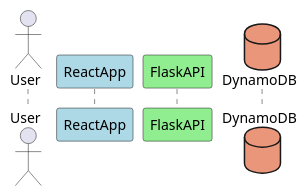
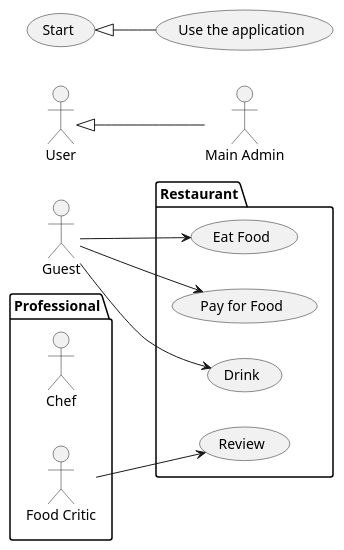
Before and after one commit to ltrickey/inv-mngmnt: the diagram in pageLoad.wsd, drawn with PlantUML. The commit also changed other lines of this file and 31 other files, not shown here.

```diff
--- a/pageLoad.wsd
+++ b/pageLoad.wsd
@@ -1,36 +1,178 @@
-@startuml "Page Load"
-actor User
-participant ReactApp #LightBlue
-participant FlaskAPI #LightGreen
-database DynamoDB #DarkSalmon
+' @startuml "Page Load"
+
+
+
+' package Restaurant {
+'   usecase UC1 as "You can use
+' several lines to define your usecase.
+' You can also use separators.
+' --
+' Several separators are possible.
+' ==
+' And you can add titles:
+' ..Conclusion..
+' This allows large description."
+'   usecase "Pay for Food" as UC2
+'   usecase "Drink" as UC3
+'   usecase "Review" as UC4
+' }
+' skinparam actorStyle awesome
+' actor User
+' participant ReactApp #LightBlue
+' participant FlaskAPI #LightGreen
+' database DynamoDB #DarkSalmon
 
 
 ' CLI -> CLI : Verify photo format & dimensions
 ' alt error bad image 
 '   CLI -> User : "Show error, Try again"
 ' else image satisfies requirements
 '   CLI -> User : "Enter list of transformations"
 '   User -> CLI : Types in or selects list
 '   CLI -> CLI : Verify valid commands
 '   alt error bad arguments
 '     CLI -> User : "Bad args, please choose valid commands"
 '   else valid transformation list
 '     CLI -> IPS : Calls transform(image, "action1, action2")
 '     activate IPS #DarkSalmon
 '   end
 ' end
 
 ' Loop Apply Transformations (in order)
 ' IPS -> IPS
 ' end
 
 ' alt Transformation Failure
 '   IPS -> CLI : Error
 '   CLI -> User : Display helpful error message
 ' else Transformation Successful
 '   IPS -> CLI : Return Transformed Image + opt Thumbnail
 '   deactivate IPS
 '   CLI -> User : New Image Destination (url or filepath)
 ' deactivate CLI
 ' end
-@enduml
+' @startuml
+' left to right direction
+' actor Guest as g
+' package Professional {
+'   actor Chef as c
+'   actor "Food Critic" as fc
+' }
+' package Restaurant {
+'   usecase "Eat Food" as UC1
+'   usecase "Pay for Food" as UC2
+'   usecase "Drink" as UC3
+'   usecase "Review" as UC4
+' }
+' fc --> UC4
+' g --> UC1
+' g --> UC2
+' g --> UC3
+
+' :Main Admin: as Admin
+' (Use the application) as (Use)
+
+' User <|-- Admin
+' (Start) <|-- (Use)
+' @enduml
+
+' @startuml
+' :Main Admin: as Admin
+' (Use the application) as (Use)
+
+' User -> (Start)
+' User --> (Use)
+
+' Admin ---> (Use)
+
+' note right of Admin : This is an example.
+
+' note right of (Use)
+'   A note can also
+'   be on several lines
+' end note
+
+' note "This note is connected\nto several objects." as N2
+' (Start) .. N2
+' N2 .. (Use)
+' @enduml
+
+' @startuml
+
+' (First usecase)/
+' (Another usecase)/ as (UC2)
+' usecase/ UC3
+' usecase/ (Last\nusecase) as UC4
+
+' @enduml
+
+' CLASS STUFF
+' @startuml
+' abstract        abstract
+' abstract class  "abstract class"
+' annotation      annotation
+' circle          circle
+' ()              circle_short_form
+' class           class
+' diamond         diamond
+' <>              diamond_short_form
+' entity          entity
+' enum            enum
+' interface       interface
+' protocol        protocol
+' struct          struct
+' @enduml
+
+' OBJECT FOR DATABSAE?
+' Relations between objects
+
+' Relations between objects are defined using the following symbols :
+
+' Type	Symbol	Image
+' Extension	<|--	
+' Composition	*--	
+' Aggregation	o--	
+' It is possible to replace -- by .. to have a dotted line.
+
+' Knowing those rules, it is possible to draw the following drawings.
+
+' It is possible a add a label on the relation, using : followed by the text of the label.
+
+' For cardinality, you can use double-quotes "" on each side of the relation.
+' @startuml
+' object Object01
+' object Object02
+' object Object03
+' object Object04
+' object Object05
+' object Object06
+' object Object07
+' object Object08
+
+' Object01 <|-- Object02
+' Object03 *-- Object04
+' Object05 o-- "4" Object06
+' Object07 .. Object08 : some labels
+' @enduml
+
+' @startuml
+' object London
+
+' map CapitalCity {
+'  UK *-> London
+'  USA => Washington
+'  Germany => Berlin
+' }
+' @enduml
+
+' @startuml
+' object Foo
+' map Bar {
+'   abc=>
+'   def=>
+' }
+' object Baz
+
+' Bar::abc --> Baz : Label one
+' Foo --> Bar::def : Label two
+' @enduml
```
